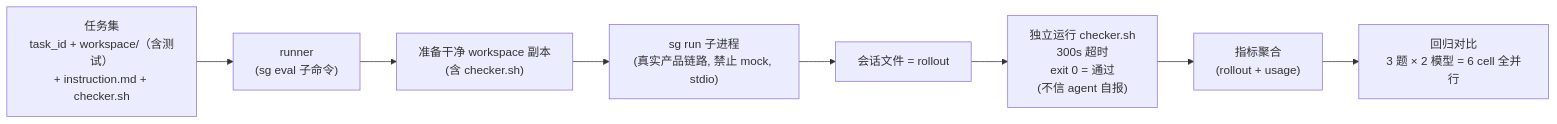
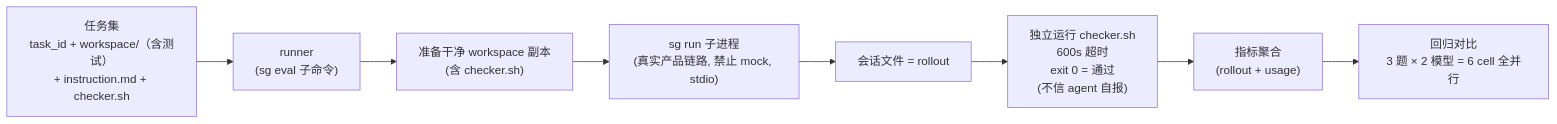
Before and after one commit to qjcnmd/singularity-agent: the eighth of 8 diagrams in docs/singularity.md, drawn with Mermaid. The commit also changed other lines of this file and 49 other files, not shown here.

````diff
--- a/docs/singularity.md
+++ b/docs/singularity.md
@@ -250,12 +250,12 @@
 ```mermaid
 flowchart LR
     TS["任务集<br/>task_id + workspace/（含测试）<br/>+ instruction.md + checker.sh"]
     R["runner<br/>(sg eval 子命令)"]
     W["准备干净 workspace 副本<br/>(含 checker.sh)"]
     SG["sg run 子进程<br/>(真实产品链路, 禁止 mock, stdio)"]
     RO["会话文件 = rollout"]
-    CH["独立运行 checker.sh<br/>300s 超时<br/>exit 0 = 通过<br/>(不信 agent 自报)"]
+    CH["独立运行 checker.sh<br/>600s 超时<br/>exit 0 = 通过<br/>(不信 agent 自报)"]
     M["指标聚合<br/>(rollout + usage)"]
     C["回归对比<br/>3 题 × 2 模型 = 6 cell 全并行"]
     TS --> R --> W --> SG --> RO --> CH --> M --> C
 ```
````
